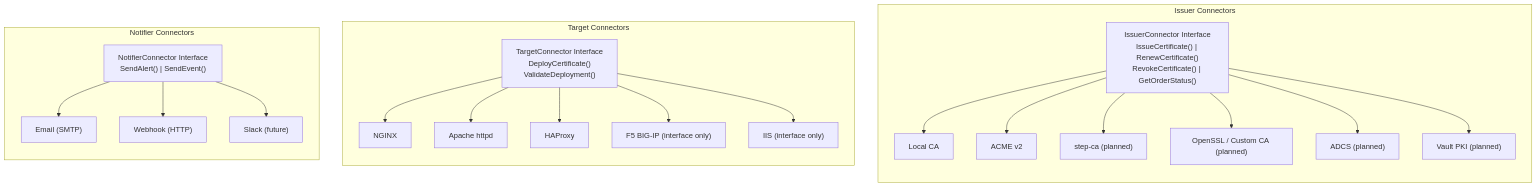
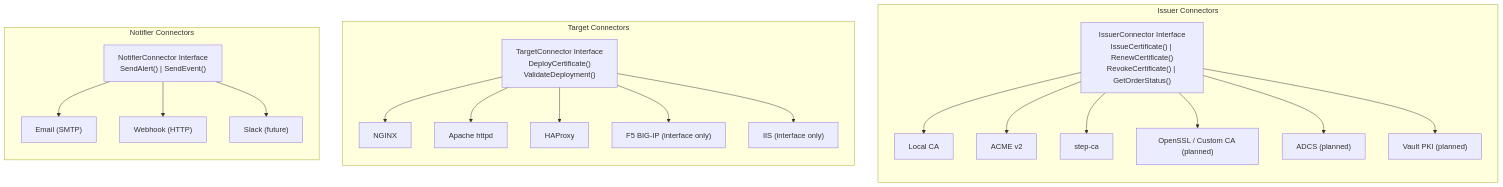
One commit to certctl-io/certctl changed the seventh of 11 diagrams in docs/architecture.md. Above: the diagram before and after it, drawn with Mermaid. The commit also changed other lines of this file and 13 other files, not shown here.

````diff
--- a/docs/architecture.md
+++ b/docs/architecture.md
@@ -360,31 +360,31 @@
 ```mermaid
 flowchart TB
     subgraph "Issuer Connectors"
         direction TB
         II["IssuerConnector Interface\nIssueCertificate() | RenewCertificate()\nRevokeCertificate() | GetOrderStatus()"]
         II --> LC["Local CA"]
         II --> ACME["ACME v2"]
-        II --> SC["step-ca (planned)"]
+        II --> SC["step-ca"]
         II --> OC["OpenSSL / Custom CA (planned)"]
         II --> AD["ADCS (planned)"]
         II --> VP["Vault PKI (planned)"]
     end
 
     subgraph "Target Connectors"
         direction TB
         TI["TargetConnector Interface\nDeployCertificate()\nValidateDeployment()"]
         TI --> NG["NGINX"]
         TI --> AP["Apache httpd"]
         TI --> HP["HAProxy"]
         TI --> F5["F5 BIG-IP (interface only)"]
         TI --> IIS["IIS (interface only)"]
     end
 
     subgraph "Notifier Connectors"
         direction TB
         NI["NotifierConnector Interface\nSendAlert() | SendEvent()"]
         NI --> EM["Email (SMTP)"]
         NI --> WH["Webhook (HTTP)"]
         NI --> SL["Slack (future)"]
     end
 ```
````
